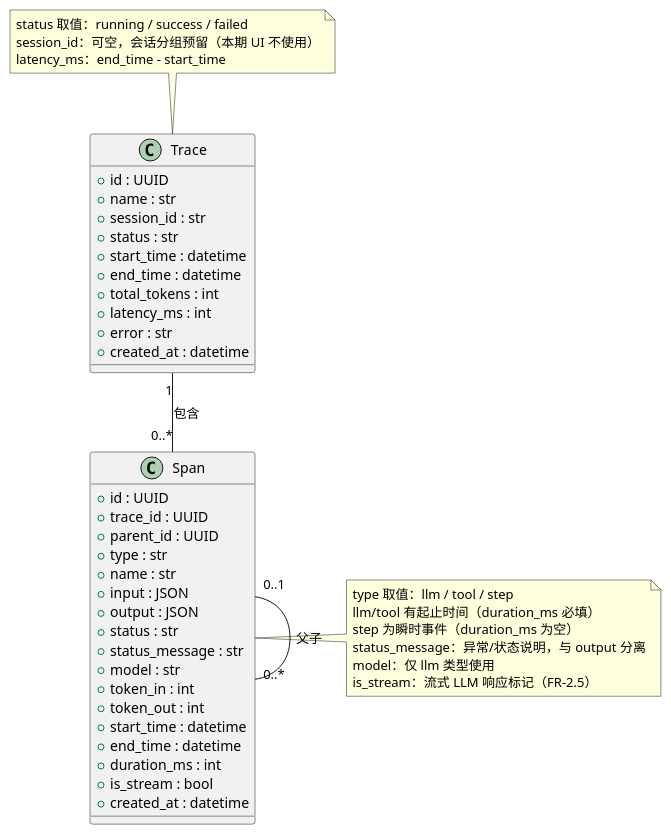
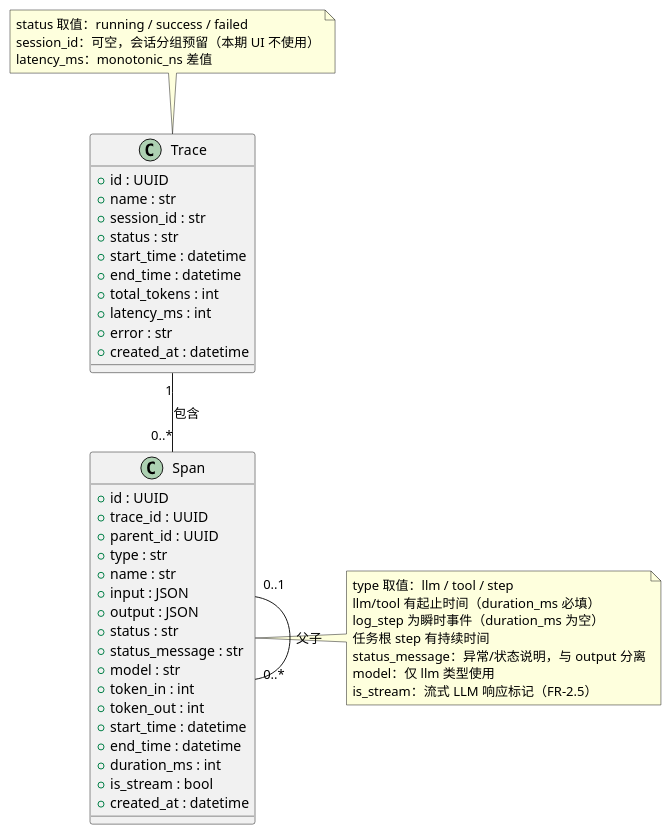
One commit to ch6639/agenttrace changed the diagram in models/class-model.puml. Above: the diagram before and after it, drawn with PlantUML. The commit also changed 74 other files, not shown here.

```diff
--- a/models/class-model.puml
+++ b/models/class-model.puml
@@ -1,56 +1,57 @@
 @startuml 类图
 ' M1 定稿（2026-09-17）：依据 AT-DES-001 第 3 章数据设计
 ' 相对 SRS 5.1 草案的变更：Trace +session_id（预留）；Span +status_message/+model；
 ' duration_ms 对 step 可空；区分业务时间(start/end)与入库时间(created_at)
 
 class Trace {
   +id : UUID
   +name : str
   +session_id : str
   +status : str
   +start_time : datetime
   +end_time : datetime
   +total_tokens : int
   +latency_ms : int
   +error : str
   +created_at : datetime
 }
 
 class Span {
   +id : UUID
   +trace_id : UUID
   +parent_id : UUID
   +type : str
   +name : str
   +input : JSON
   +output : JSON
   +status : str
   +status_message : str
   +model : str
   +token_in : int
   +token_out : int
   +start_time : datetime
   +end_time : datetime
   +duration_ms : int
   +is_stream : bool
   +created_at : datetime
 }
 
 Trace "1" -- "0..*" Span : 包含
 Span "0..1" -- "0..*" Span : 父子
 
 note top of Trace
   status 取值：running / success / failed
   session_id：可空，会话分组预留（本期 UI 不使用）
-  latency_ms：end_time - start_time
+  latency_ms：monotonic_ns 差值
 end note
 
 note right of Span
   type 取值：llm / tool / step
   llm/tool 有起止时间（duration_ms 必填）
-  step 为瞬时事件（duration_ms 为空）
+  log_step 为瞬时事件（duration_ms 为空）
+  任务根 step 有持续时间
   status_message：异常/状态说明，与 output 分离
   model：仅 llm 类型使用
   is_stream：流式 LLM 响应标记（FR-2.5）
 end note
 @enduml
```
